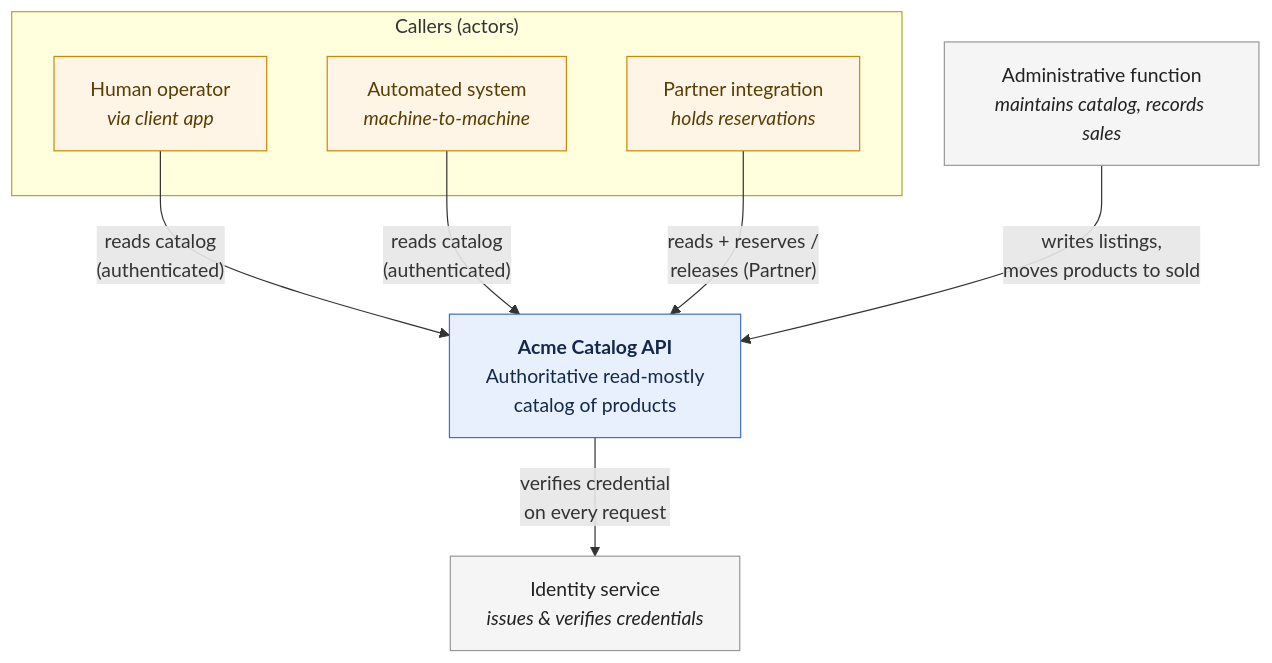
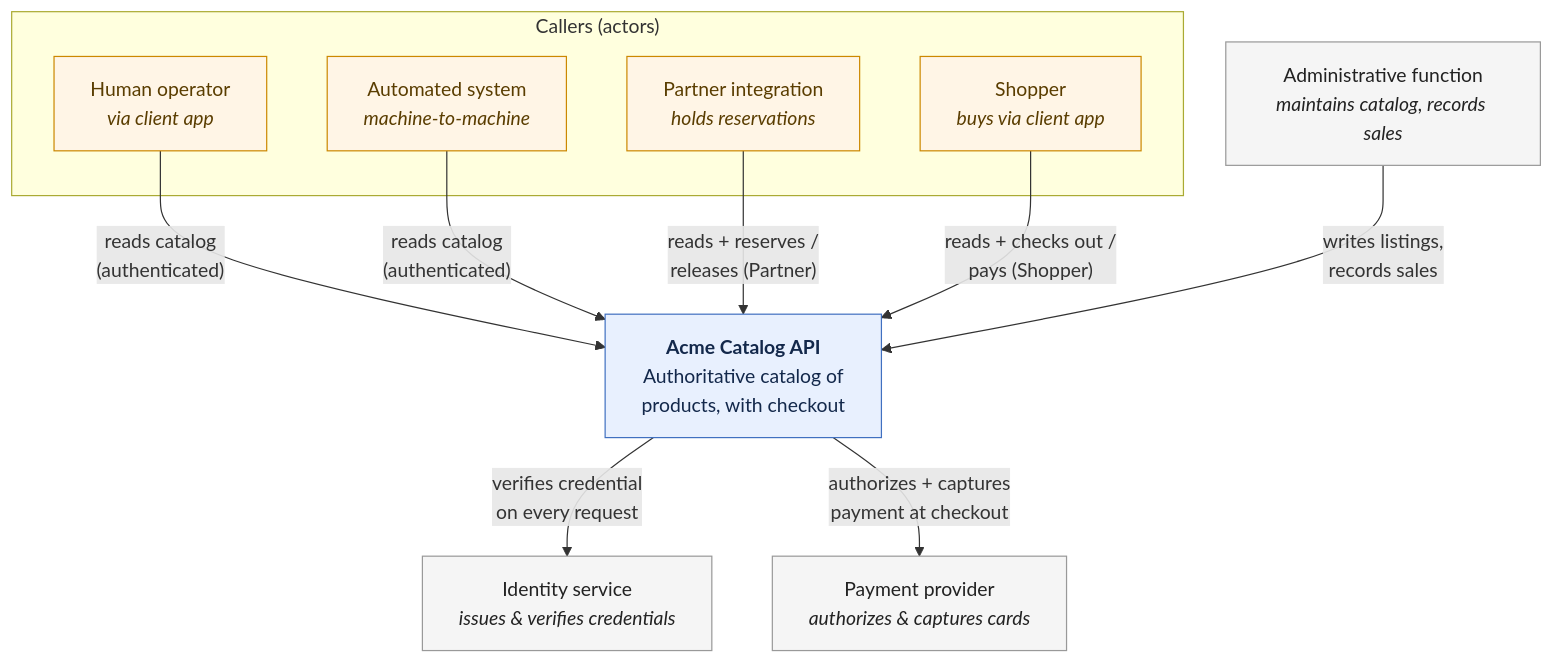
Before and after one commit to kieranpotts/specs: the diagram in specification/context/overview/system-context.md, drawn with Mermaid. The commit also changed other lines of this file and 20 other files, not shown here.

````diff
--- a/specification/context/overview/system-context.md
+++ b/specification/context/overview/system-context.md
@@ -14,27 +14,31 @@
 ```mermaid
 flowchart TB
     subgraph callers["Callers (actors)"]
         Human["Human operator<br/><i>via client app</i>"]
         Machine["Automated system<br/><i>machine-to-machine</i>"]
         PartnerOrg["Partner integration<br/><i>holds reservations</i>"]
+        Shopper["Shopper<br/><i>buys via client app</i>"]
     end
 
-    API["<b>Acme Catalog API</b><br/>Authoritative read-mostly<br/>catalog of products"]
+    API["<b>Acme Catalog API</b><br/>Authoritative catalog of<br/>products, with checkout"]
 
     Identity["Identity service<br/><i>issues &amp; verifies credentials</i>"]
+    Payments["Payment provider<br/><i>authorizes &amp; captures cards</i>"]
     Admin["Administrative function<br/><i>maintains catalog, records sales</i>"]
 
     Human -->|"reads catalog<br/>(authenticated)"| API
     Machine -->|"reads catalog<br/>(authenticated)"| API
     PartnerOrg -->|"reads + reserves /<br/>releases (Partner)"| API
+    Shopper -->|"reads + checks out /<br/>pays (Shopper)"| API
 
     API -->|"verifies credential<br/>on every request"| Identity
-    Admin -->|"writes listings,<br/>moves products to sold"| API
+    API -->|"authorizes + captures<br/>payment at checkout"| Payments
+    Admin -->|"writes listings,<br/>records sales"| API
 
     classDef sys fill:#e8f0fe,stroke:#4070c0,color:#13284b;
     classDef ext fill:#f5f5f5,stroke:#999,color:#222;
     classDef person fill:#fff5e6,stroke:#cc8800,color:#5a3d00;
     class API sys;
-    class Identity,Admin ext;
-    class Human,Machine,PartnerOrg person;
+    class Identity,Payments,Admin ext;
+    class Human,Machine,PartnerOrg,Shopper person;
 ```
````
